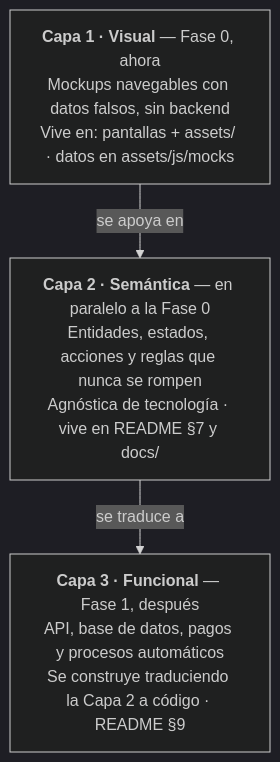
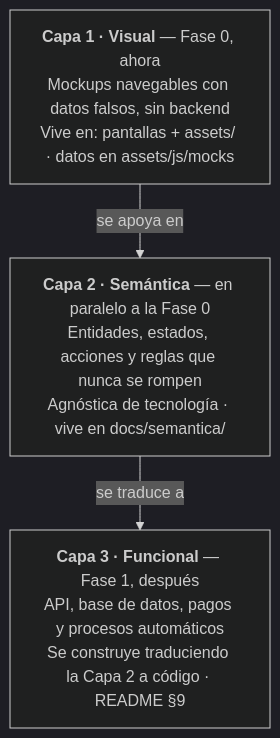
One commit to djimenef/Rifas-project changed the first of 3 diagrams in README.md. Above: the diagram before and after it, drawn with Mermaid (dark theme). The commit also changed other lines of this file and 15 other files, not shown here.

First line of the commit message:
docs(semantica): separar semántica funcional por dominio

````diff
--- a/README.md
+++ b/README.md
@@ -92,8 +92,8 @@
 ```mermaid
 flowchart TB
     C1["<b>Capa 1 · Visual</b> — Fase 0, ahora<br/>Mockups navegables con datos falsos, sin backend<br/>Vive en: pantallas + assets/ · datos en assets/js/mocks"]
-    C2["<b>Capa 2 · Semántica</b> — en paralelo a la Fase 0<br/>Entidades, estados, acciones y reglas que nunca se rompen<br/>Agnóstica de tecnología · vive en README §7 y docs/"]
+    C2["<b>Capa 2 · Semántica</b> — en paralelo a la Fase 0<br/>Entidades, estados, acciones y reglas que nunca se rompen<br/>Agnóstica de tecnología · vive en docs/semantica/"]
     C3["<b>Capa 3 · Funcional</b> — Fase 1, después<br/>API, base de datos, pagos y procesos automáticos<br/>Se construye traduciendo la Capa 2 a código · README §9"]
     C1 -- "se apoya en" --> C2
     C2 -- "se traduce a" --> C3
 ```
````
